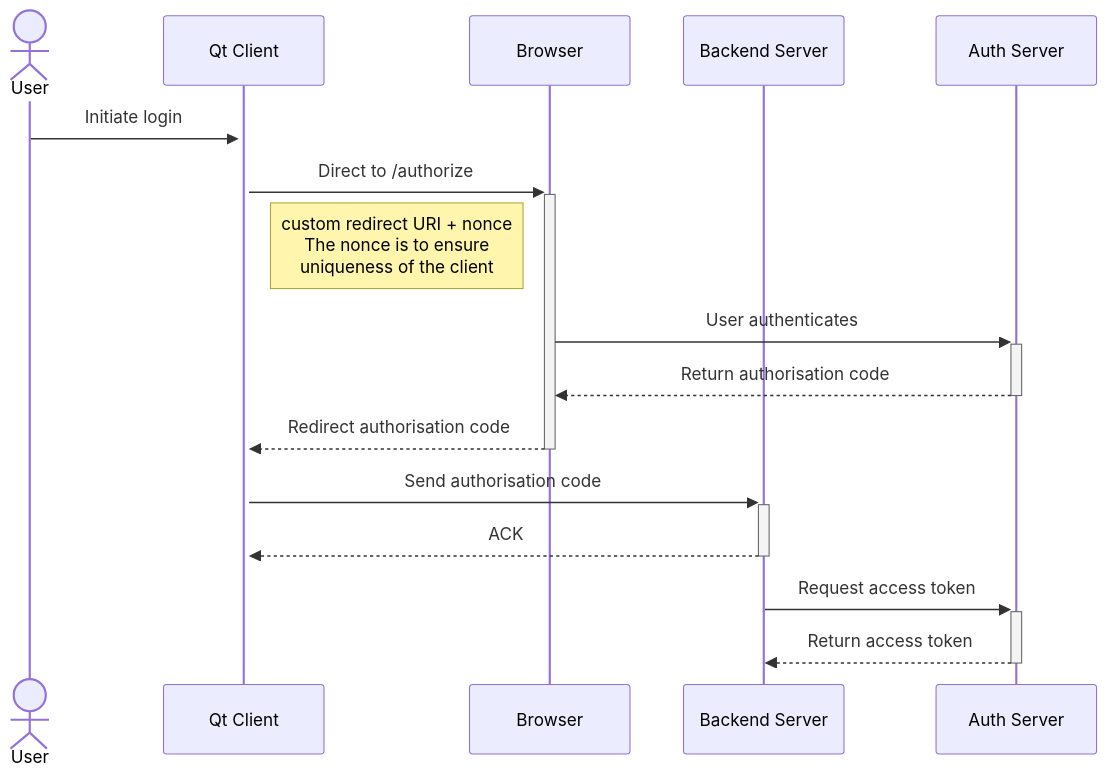
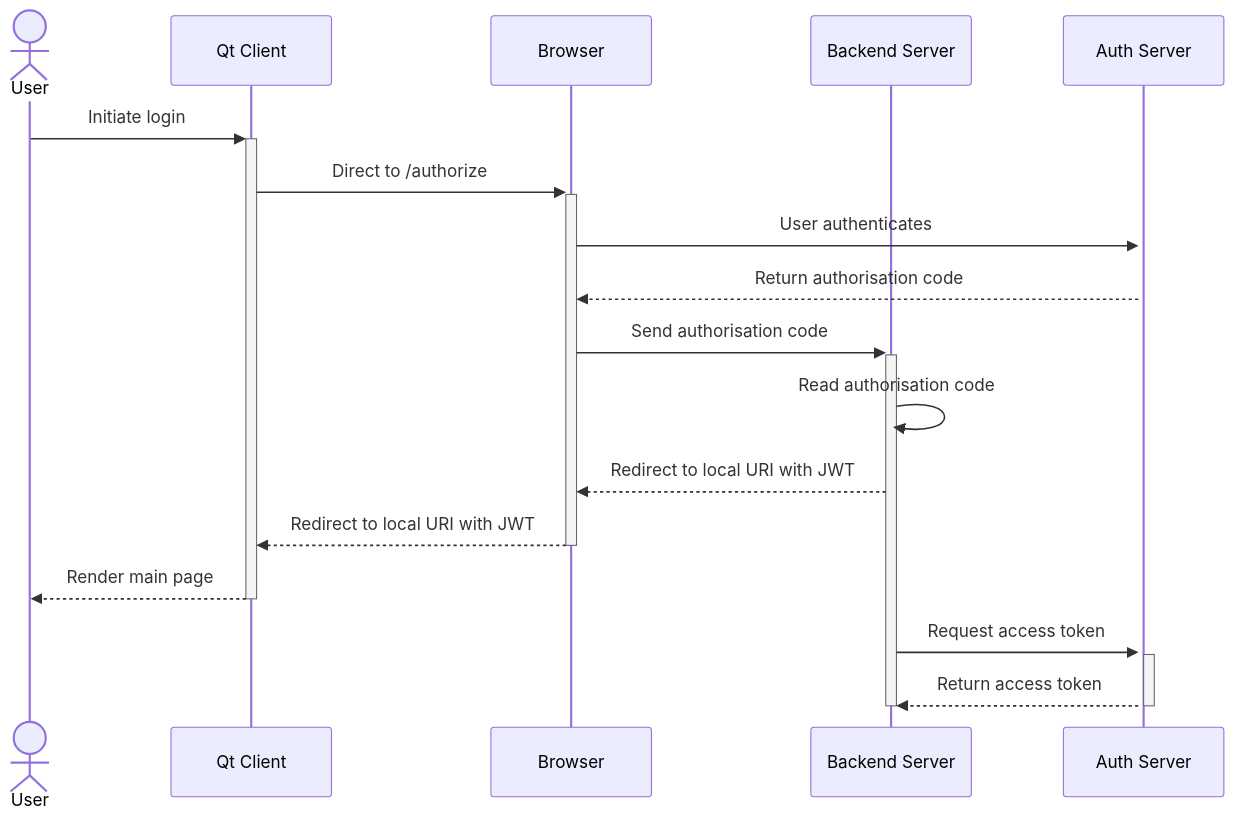
One commit to Craftarc/axel changed the diagram in docs/oauth.mermaid. Above: the diagram before and after it, drawn with Mermaid. The commit also changed other lines of this file, not shown here.

Commit message:
Update mermaid diagram for oauth to be correct

```diff
--- a/docs/oauth.mermaid
+++ b/docs/oauth.mermaid
@@ -1,17 +1,19 @@
 sequenceDiagram
     actor User as User
     participant Client as Qt Client
     participant Browser as Browser
     participant Backend as Backend Server
-	participant Auth as Auth Server
+    participant Auth as Auth Server
 
-	User->>+Client: Initiate login
-	Client->>+Browser: Direct to /authorize
-	Note right of Client: custom redirect URI + nonce<br/>The nonce is to ensure<br/>uniqueness of the client
-	Browser->>+Auth: User authenticates
-	Auth-->>-Browser: Return authorisation code
-	Browser-->>-Client: Redirect authorisation code
-	Client->>+Backend: Send authorisation code
-	Backend-->>-Client: ACK
-	Backend->>+Auth: Request access token
-	Auth-->>-Backend: Return access token
+    User ->>+ Client: Initiate login
+    Client ->>+ Browser: Direct to /authorize
+    Browser ->>+ Auth: User authenticates
+    Auth -->> Browser: Return authorisation code
+    Browser ->>+ Backend: Send authorisation code
+    Backend ->> Backend: Read authorisation code
+    Backend -->> Browser: Redirect to local URI with JWT
+    Browser -->>- Client: Redirect to local URI with JWT
+    Client -->>- User: Render main page
+    Backend ->>+ Auth: Request access token
+    Auth -->>- Backend: Return access token
+    deactivate Backend
```
